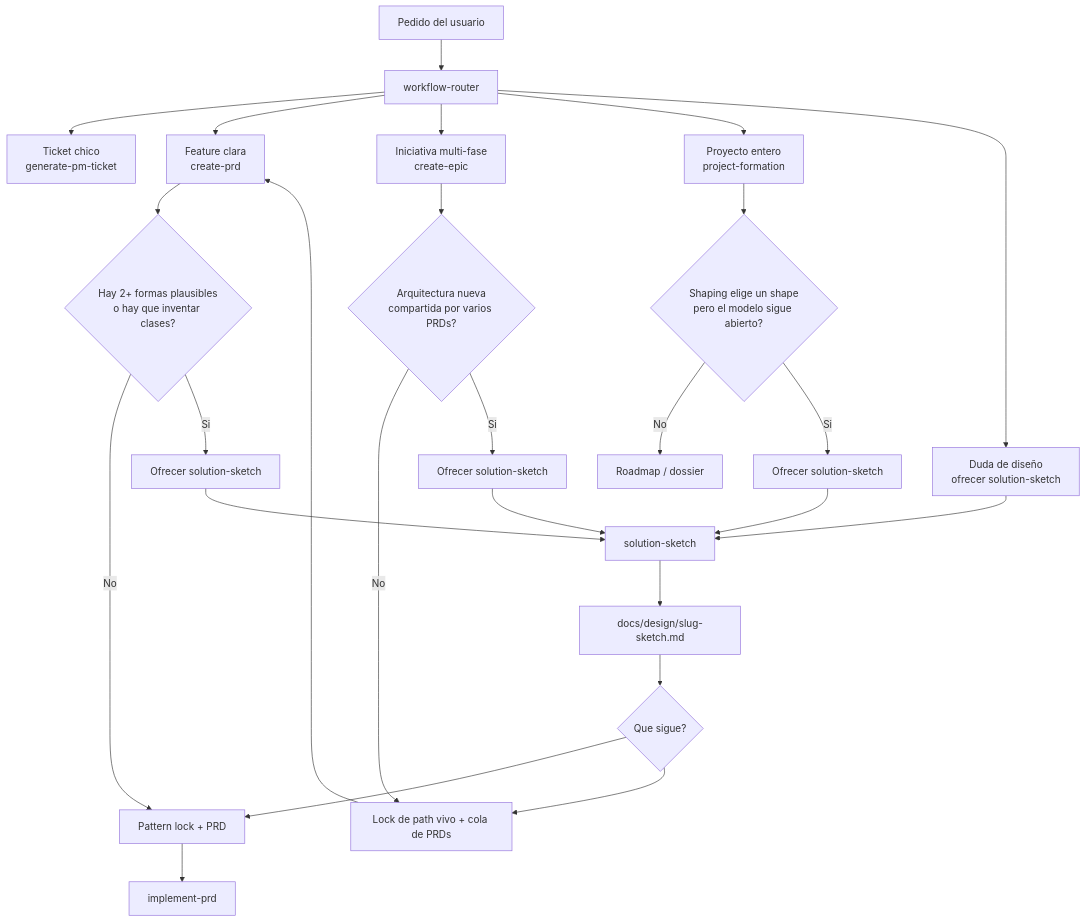
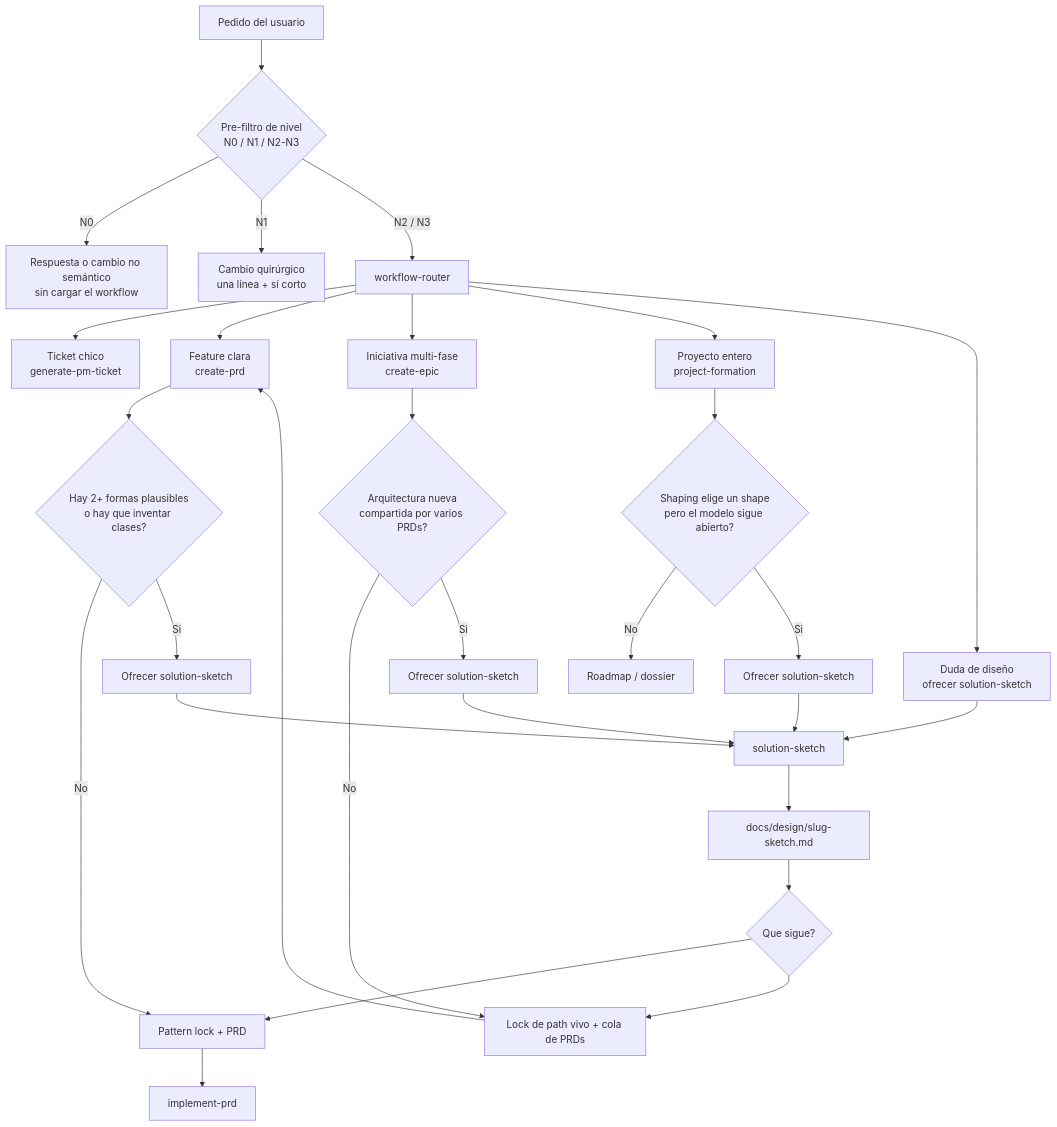
One commit to xampo848/fhh-ia-ecosystem-workflow-kit changed the diagram in docs/workflow/README.md. Above: the diagram before and after it, drawn with Mermaid. The commit also changed 49 other files, not shown here.

First line of the commit message:
Add N0–N3 task levels, generated level pre-filter, and split router (Lote 1)

````diff
--- a/docs/workflow/README.md
+++ b/docs/workflow/README.md
@@ -26,33 +26,36 @@
 ```mermaid
 flowchart TD
-  pedido["Pedido del usuario"] --> router["workflow-router"]
+  pedido["Pedido del usuario"] --> nivel{"Pre-filtro de nivel<br/>N0 / N1 / N2-N3"}
+  nivel -->|N0| directo["Respuesta o cambio no semántico<br/>sin cargar el workflow"]
+  nivel -->|N1| quirurgico["Cambio quirúrgico<br/>una línea + sí corto"]
+  nivel -->|N2 / N3| router["workflow-router"]
 
   router --> ticket["Ticket chico<br/>generate-pm-ticket"]
   router --> prd["Feature clara<br/>create-prd"]
   router --> epic["Iniciativa multi-fase<br/>create-epic"]
   router --> form["Proyecto entero<br/>project-formation"]
   router --> sketchAsk["Duda de diseño<br/>ofrecer solution-sketch"]
 
   prd --> gatePrd{"Hay 2+ formas plausibles<br/>o hay que inventar clases?"}
   epic --> gateEpic{"Arquitectura nueva<br/>compartida por varios PRDs?"}
   form --> gateForm{"Shaping elige un shape<br/>pero el modelo sigue abierto?"}
 
   gatePrd -->|No| lock["Pattern lock + PRD"]
   gatePrd -->|Si| offer1["Ofrecer solution-sketch"]
   gateEpic -->|No| cut["Lock de path vivo + cola de PRDs"]
   gateEpic -->|Si| offer2["Ofrecer solution-sketch"]
   gateForm -->|No| roadmap["Roadmap / dossier"]
   gateForm -->|Si| offer3["Ofrecer solution-sketch"]
 
   sketchAsk --> sketch["solution-sketch"]
   offer1 --> sketch
   offer2 --> sketch
   offer3 --> sketch
 
   sketch --> artifact["docs/design/slug-sketch.md"]
   artifact --> resume{"Que sigue?"}
   resume --> lock
   resume --> cut
   lock --> impl["implement-prd"]
   cut --> prd
 ```
````
